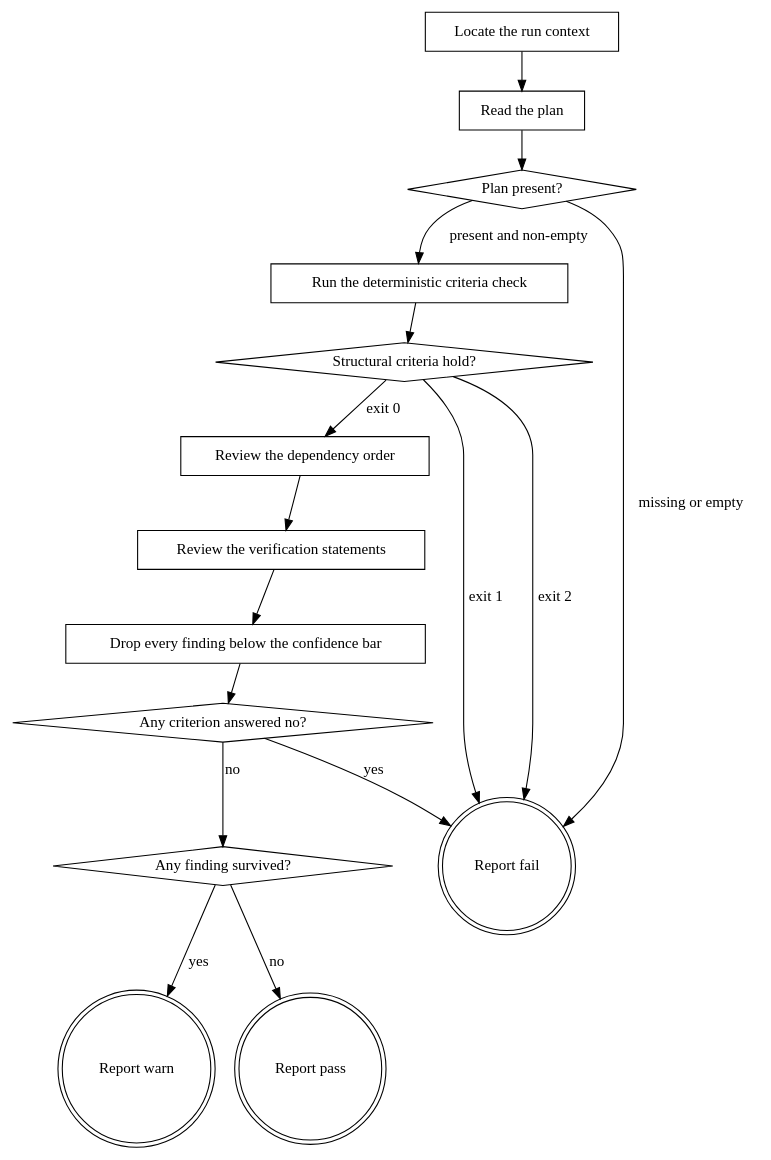
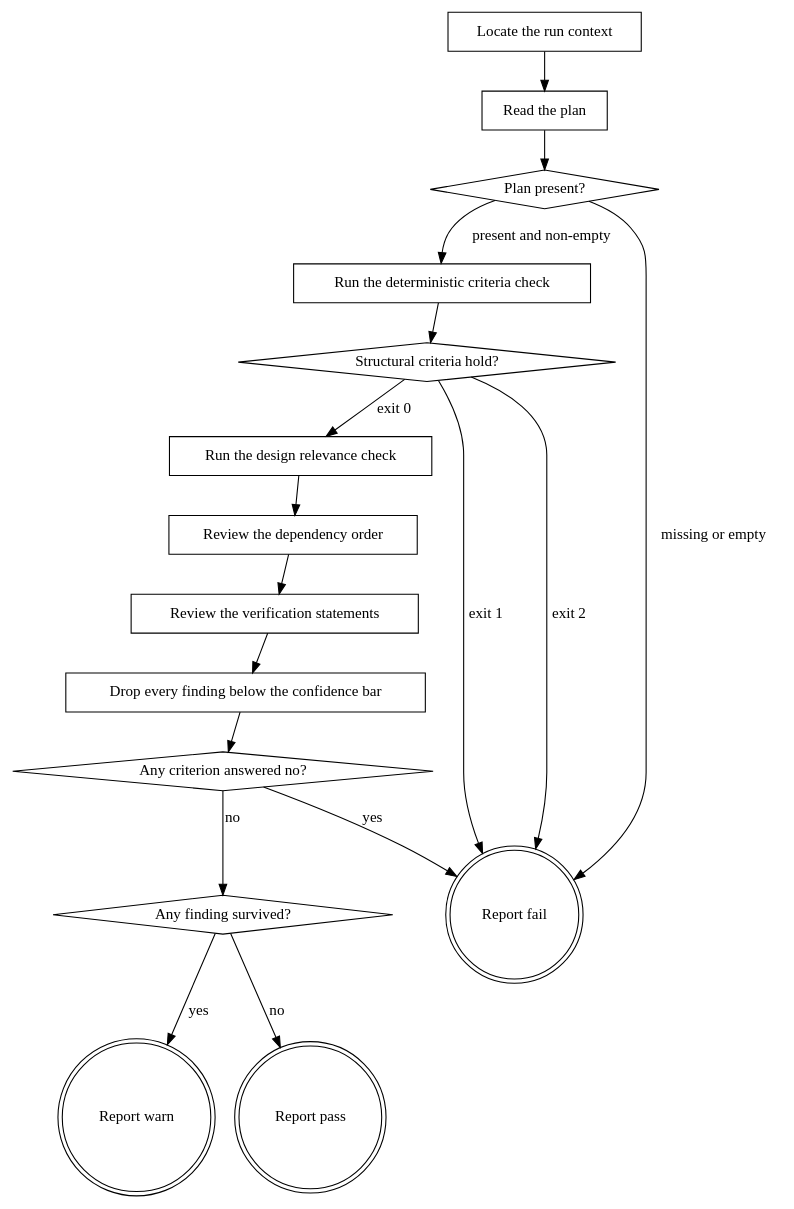
One commit to agenticDraft/aem-eds-ai-workflow-demo changed the diagram in plugins/eds/skills/eds-plan-gate/SKILL.md. Above: the diagram before and after it, drawn with Graphviz. The commit also changed other lines of this file and 1 other file, not shown here.

First line of the commit message:
plan-gate runs the design relevance check after the structural check; low is a warn finding in its report, never a fail (D540)

````diff
--- a/plugins/eds/skills/eds-plan-gate/SKILL.md
+++ b/plugins/eds/skills/eds-plan-gate/SKILL.md
@@ -39,33 +40,35 @@
 ```dot
 digraph eds_plan_gate {
     "Locate the run context" [shape=box];
     "Read the plan" [shape=box];
     "Plan present?" [shape=diamond];
     "Run the deterministic criteria check" [shape=box];
     "Structural criteria hold?" [shape=diamond];
+    "Run the design relevance check" [shape=box];
     "Review the dependency order" [shape=box];
     "Review the verification statements" [shape=box];
     "Drop every finding below the confidence bar" [shape=box];
     "Any criterion answered no?" [shape=diamond];
     "Any finding survived?" [shape=diamond];
     "Report fail" [shape=doublecircle];
     "Report warn" [shape=doublecircle];
     "Report pass" [shape=doublecircle];
 
     "Locate the run context" -> "Read the plan";
     "Read the plan" -> "Plan present?";
     "Plan present?" -> "Run the deterministic criteria check" [label="present and non-empty"];
     "Plan present?" -> "Report fail" [label="missing or empty"];
     "Run the deterministic criteria check" -> "Structural criteria hold?";
-    "Structural criteria hold?" -> "Review the dependency order" [label="exit 0"];
+    "Structural criteria hold?" -> "Run the design relevance check" [label="exit 0"];
+    "Run the design relevance check" -> "Review the dependency order";
     "Structural criteria hold?" -> "Report fail" [label="exit 1"];
     "Structural criteria hold?" -> "Report fail" [label="exit 2"];
     "Review the dependency order" -> "Review the verification statements";
     "Review the verification statements" -> "Drop every finding below the confidence bar";
     "Drop every finding below the confidence bar" -> "Any criterion answered no?";
     "Any criterion answered no?" -> "Report fail" [label="yes"];
     "Any criterion answered no?" -> "Any finding survived?" [label="no"];
     "Any finding survived?" -> "Report warn" [label="yes"];
     "Any finding survived?" -> "Report pass" [label="no"];
 }
 ```
````
